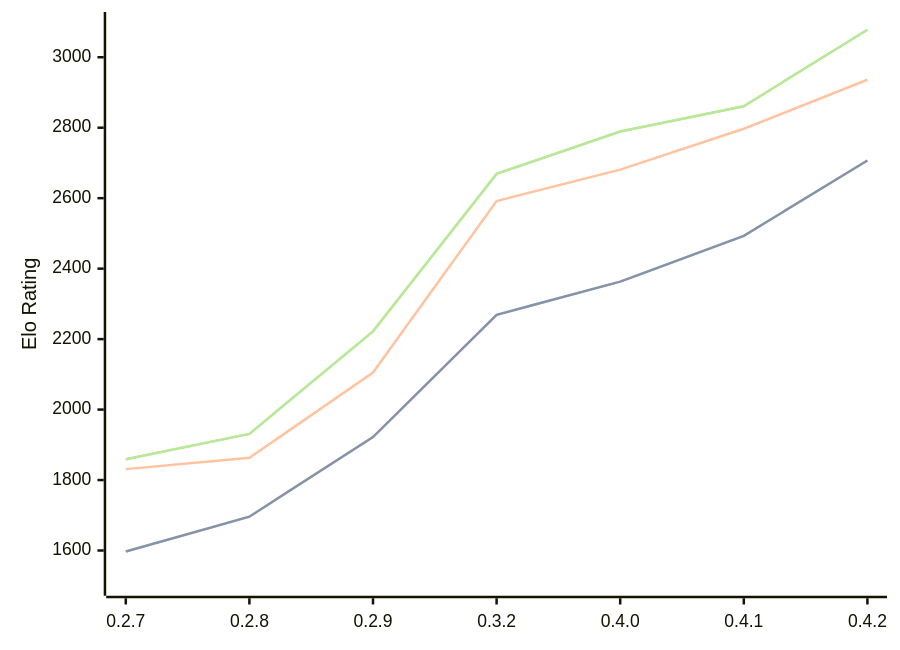
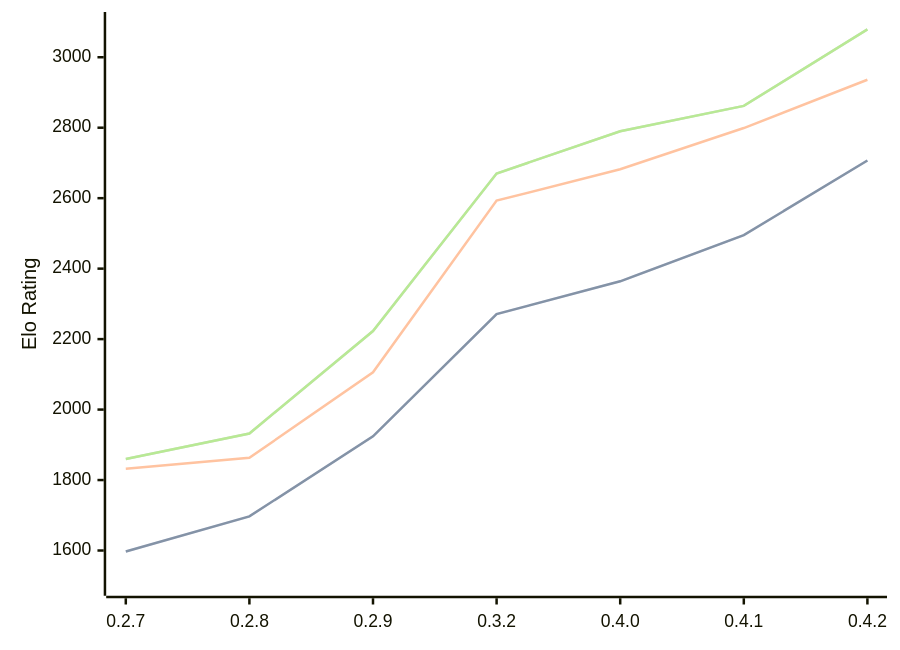
One commit to computer-chess-index/cci changed the diagram in engines/Dual.md. Above: the diagram before and after it, drawn with Mermaid. The commit also changed other lines of this file, not shown here.

Commit message:
Update CCI Ratings (ELO VLTC) - 2026-08-26

````diff
--- a/engines/Dual.md
+++ b/engines/Dual.md
@@ -39,11 +39,11 @@
 ```mermaid
 %%{init: {"theme":"base","themeVariables":{"seriesColors:['#a3a3a3','#222221','#faa371']}}}%%
 xychart-beta
   x-axis ["0.2.7", "0.2.8", "0.2.9", "0.3.2", "0.4.0", "0.4.1", "0.4.2"]
   y-axis "Elo Rating" 1500 --> 3100
-  line "STC (8.0+0.08s)" [1597, 1696, 1922, 2269, 2363, 2493, 2707]
-  line "STC (8.0+0.08s)" [1597, 1696, 1922, 2269, 2363, 2493, 2707]
-  line "LTC (60.0+0.60s)" [1831, 1863, 2105, 2592, 2681, 2797, 2936]
-  line "VLTC (2m24s+1.12s)" [1859, 1931, 2222, 2669, 2789, 2861, 3078]
-  line "VLTC (2m24s+1.12s)" [1859, 1931, 2222, 2669, 2789, 2861, 3078]
+  line "STC (8.0+0.08s)" [1597, 1697, 1924, 2271, 2364, 2495, 2707]
+  line "STC (8.0+0.08s)" [1597, 1697, 1924, 2271, 2364, 2495, 2707]
+  line "LTC (60.0+0.60s)" [1832, 1863, 2106, 2593, 2682, 2799, 2936]
+  line "VLTC (2m24s+1.12s)" [1860, 1932, 2223, 2670, 2790, 2862, 3079]
+  line "VLTC (2m24s+1.12s)" [1860, 1932, 2223, 2670, 2790, 2862, 3079]
 ```
````
